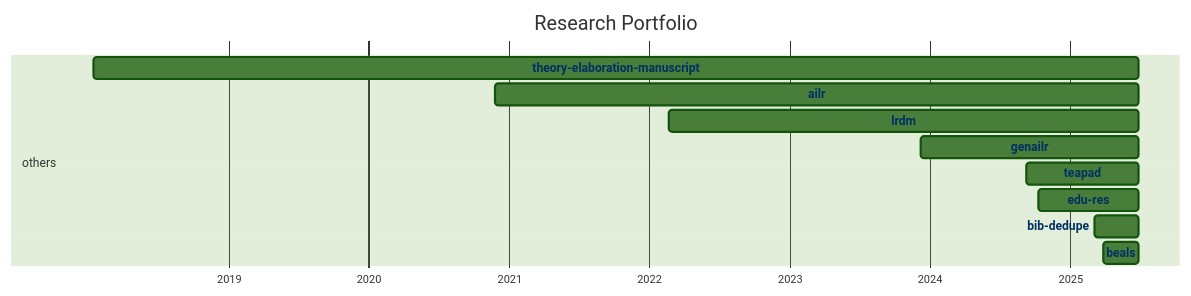
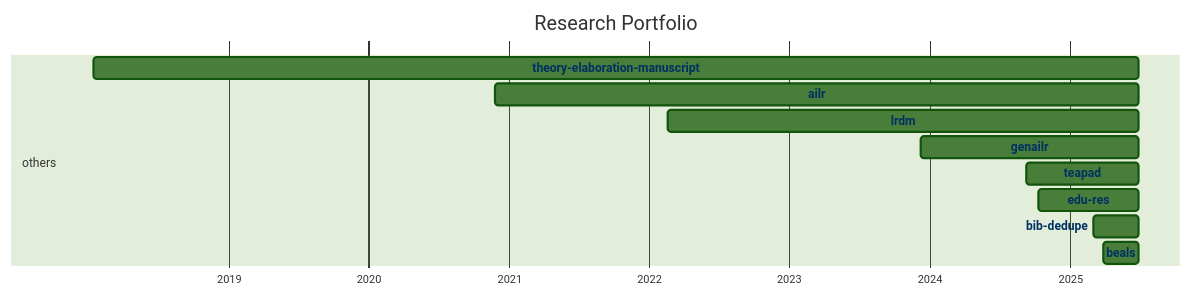
One commit to digital-work-lab/handbook changed the diagram in docs/20-research/25-projects-gantt.md. Above: the diagram before and after it, drawn with Mermaid (forest theme). The commit also changed 2 other files, not shown here.

Commit message:
Update repository overview

````diff
--- a/docs/20-research/25-projects-gantt.md
+++ b/docs/20-research/25-projects-gantt.md
@@ -8,35 +8,35 @@
 ```mermaid
 ---
 displayMode: compact
 ---
 gantt
 title Research Portfolio
 dateFormat YYYY-MM-DD
 axisFormat %Y
 
     section work_practices
 
     section distributed_organizing
 
     section knowledge_synthesis
 
     section others
-        beals :beals, 2025-03-28, 2025-06-28
-        bib-dedupe :bib-dedupe, 2025-03-04, 2025-06-28
-        edu-res :edu-res, 2024-10-10, 2025-06-28
-        teapad :teapad, 2024-09-10, 2025-06-28
-        genailr :genailr, 2023-12-10, 2025-06-28
-        lrdm :lrdm, 2022-02-20, 2025-06-28
-        ailr :ailr, 2020-11-26, 2025-06-28
-        theory-elaboration-manuscript :theory-elaboration-manuscript, 2018-01-15, 2025-06-28
+        beals :beals, 2025-03-28, 2025-06-29
+        bib-dedupe :bib-dedupe, 2025-03-04, 2025-06-29
+        edu-res :edu-res, 2024-10-10, 2025-06-29
+        teapad :teapad, 2024-09-10, 2025-06-29
+        genailr :genailr, 2023-12-10, 2025-06-29
+        lrdm :lrdm, 2022-02-20, 2025-06-29
+        ailr :ailr, 2020-11-26, 2025-06-29
+        theory-elaboration-manuscript :theory-elaboration-manuscript, 2018-01-15, 2025-06-29
 
 
     click beals href "{{ site.baseurl }}/docs/20-research/25-projects/_repos/beals"
     click bib-dedupe href "{{ site.baseurl }}/docs/20-research/25-projects/_repos/bib-dedupe"
     click edu-res href "{{ site.baseurl }}/docs/20-research/25-projects/_repos/edu-res"
     click teapad href "{{ site.baseurl }}/docs/20-research/25-projects/_repos/teapad"
     click genailr href "{{ site.baseurl }}/docs/20-research/25-projects/_repos/genailr"
     click lrdm href "{{ site.baseurl }}/docs/20-research/25-projects/_repos/lrdm"
     click ailr href "{{ site.baseurl }}/docs/20-research/25-projects/_repos/ailr"
     click theory-elaboration-manuscript href "{{ site.baseurl }}/docs/20-research/25-projects/_repos/theory-elaboration-manuscript"
 ```
````
